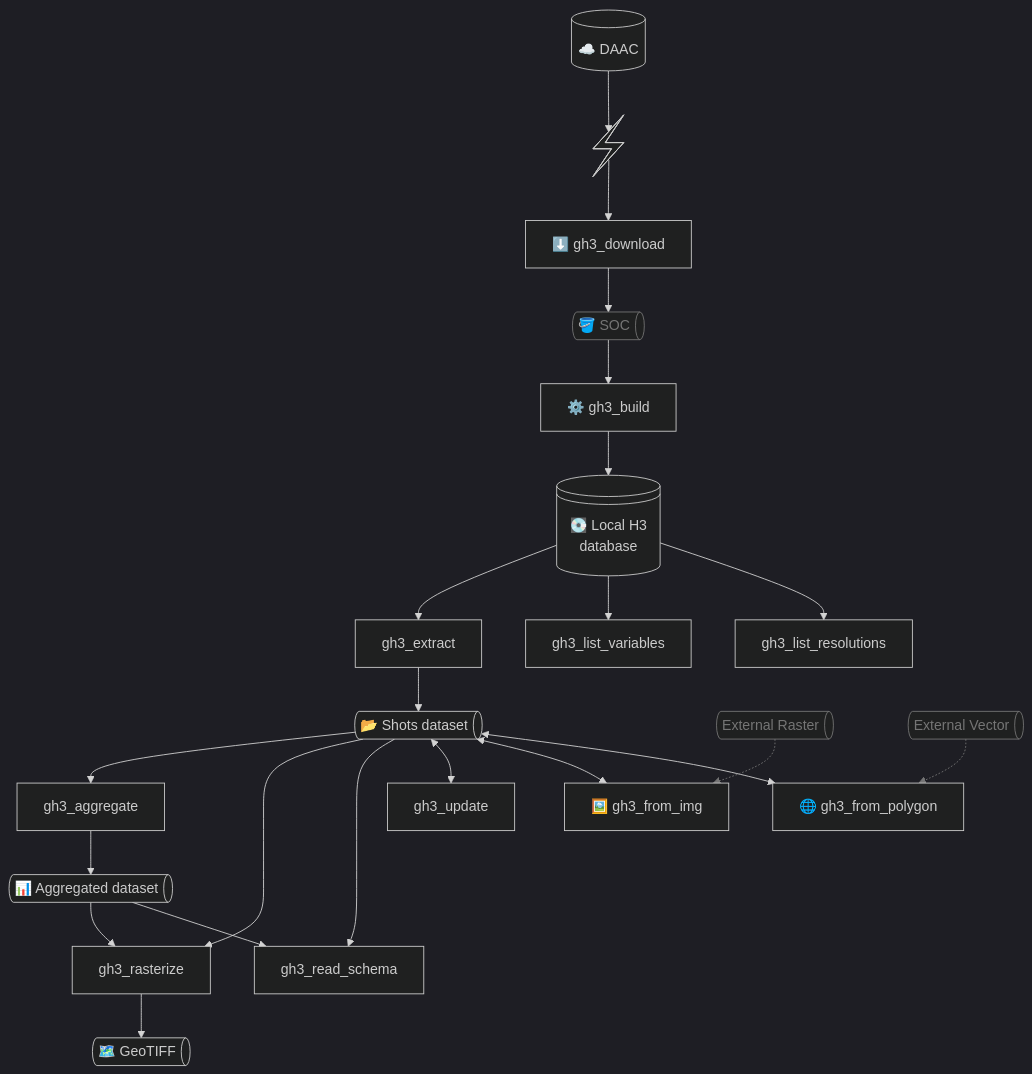
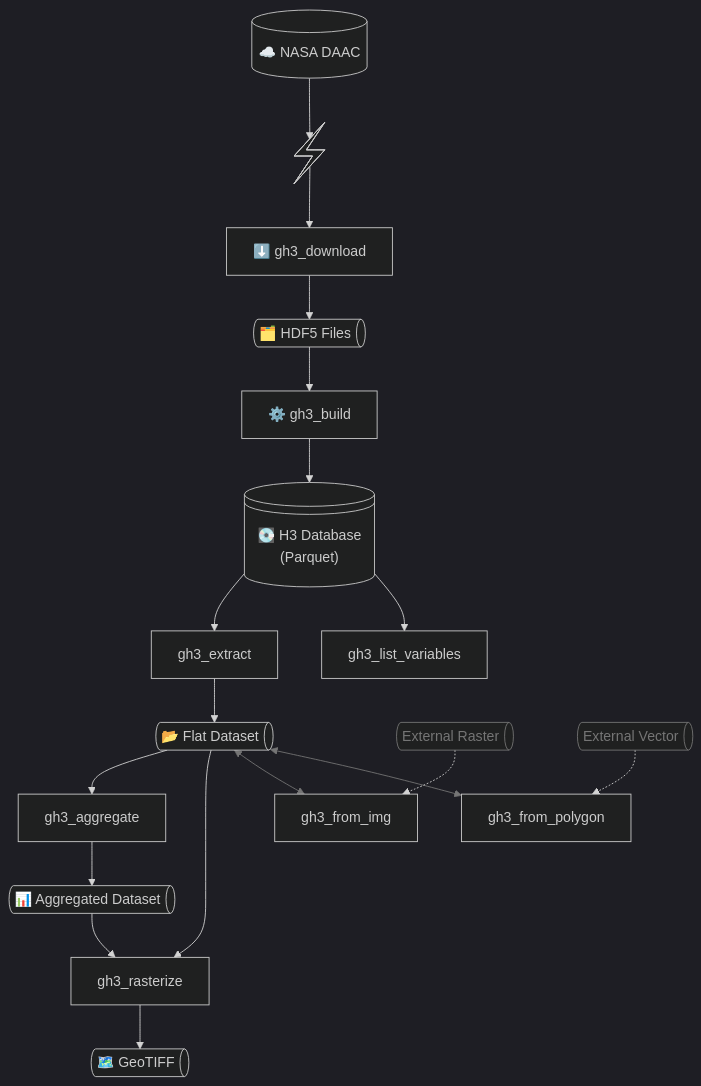
One commit to tiagodc/GEDI-H3 changed the diagram in README.md. Above: the diagram before and after it, drawn with Mermaid. The commit also changed other lines of this file and 14 other files, not shown here.

````diff
--- a/README.md
+++ b/README.md
@@ -137,37 +211,36 @@
 ```mermaid
 ---
 config:
   theme: dark
   layout: dagre
 ---
 flowchart TB
-    n1["☁️ DAAC"] --> n2["🌐 Network"]
+    n1["☁️ NASA DAAC"] --> n2["🌐 earthaccess"]
     n2 --> n17["⬇️ gh3_download"]
-    n17 --> n4["🪣 SOC"]
+    n17 --> n4["🗂️ HDF5 Files"]
     n4 --> C["⚙️ gh3_build"]
-    C --> n3["💽 Local H3<br>database"]
-    n3 --> D["gh3_extract"] & n10["gh3_list_variables"] & n11["gh3_list_resolutions"]
-    D --> SHOTS["📂 Shots dataset"]
-    SHOTS --> n6["gh3_aggregate"] & RAST["gh3_rasterize"] & n13["gh3_read_schema"]
-    n6 --> AGG["📊 Aggregated dataset"]
+    C --> n3["💽 H3 Database\n(Parquet)"]
+    n3 --> D["gh3_extract"] & n10["gh3_list_variables"]
+    D --> SHOTS["📂 Flat Dataset"]
+    SHOTS --> n6["gh3_aggregate"] & RAST["gh3_rasterize"]
+    n6 --> AGG["📊 Aggregated Dataset"]
+    AGG --> RAST
     RAST --> TIF["🗺️ GeoTIFF"]
-    AGG --> RAST & n13
-    SHOTS <--> n12["gh3_update"] & n8["🖼️ gh3_from_img"] & n9["🌐 gh3_from_polygon"]
+    SHOTS <--> n8["gh3_from_img"] & n9["gh3_from_polygon"]
     n15["External Raster"] -.-> n8
     n16["External Vector"] -.-> n9
     n1@{ shape: db}
     n2@{ shape: com-link}
     n4@{ shape: das}
     n3@{ shape: disk}
     SHOTS@{ shape: das}
     AGG@{ shape: das}
     TIF@{ shape: das}
     n15@{ shape: das}
     n16@{ shape: das}
-    n4:::fade
     n15:::fade
     n16:::fade
     classDef fade stroke:#757575,color:#757575
-    linkStyle 19 stroke:#757575,fill:none
-    linkStyle 20 stroke:#757575,fill:none
+    linkStyle 13 stroke:#757575,fill:none
+    linkStyle 14 stroke:#757575,fill:none
 ```
````
